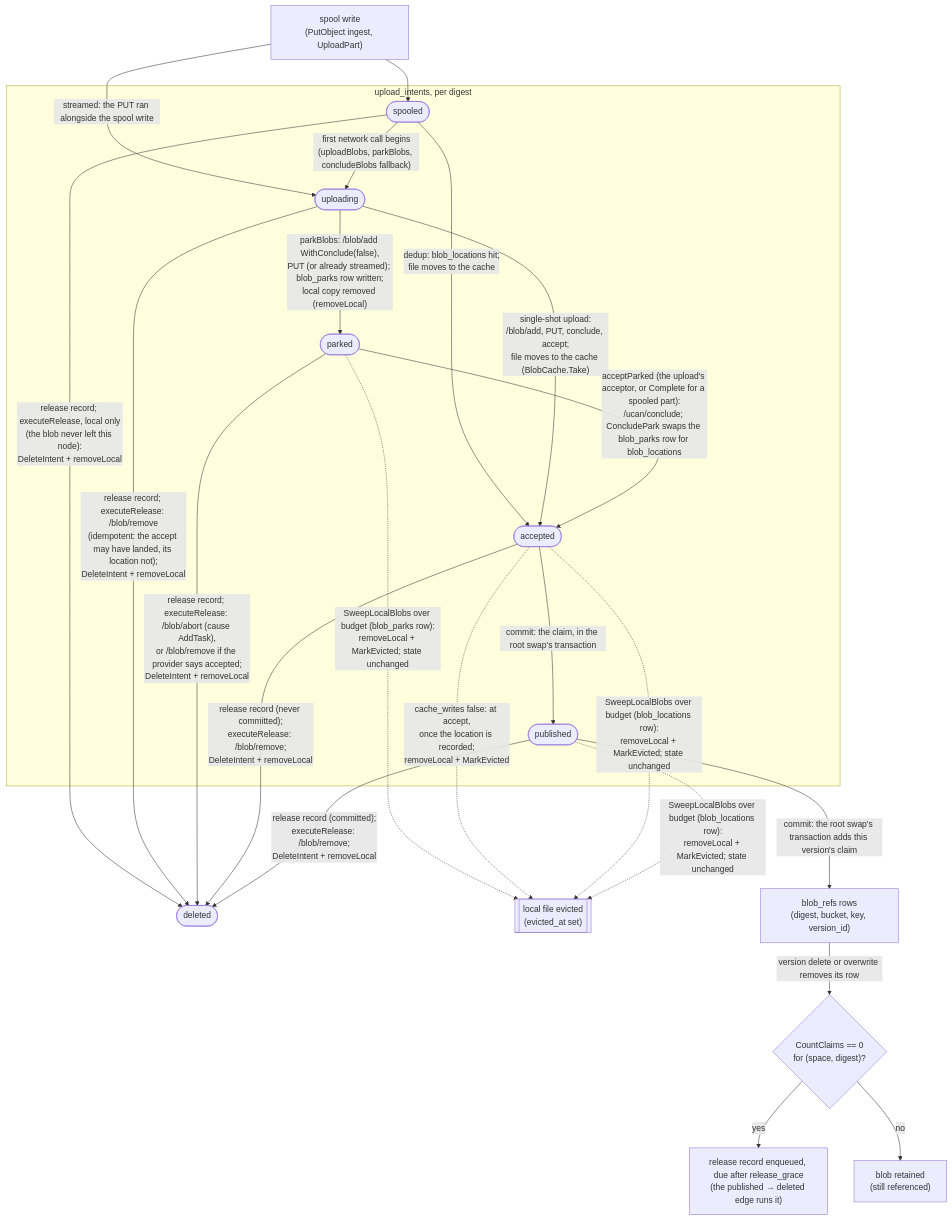
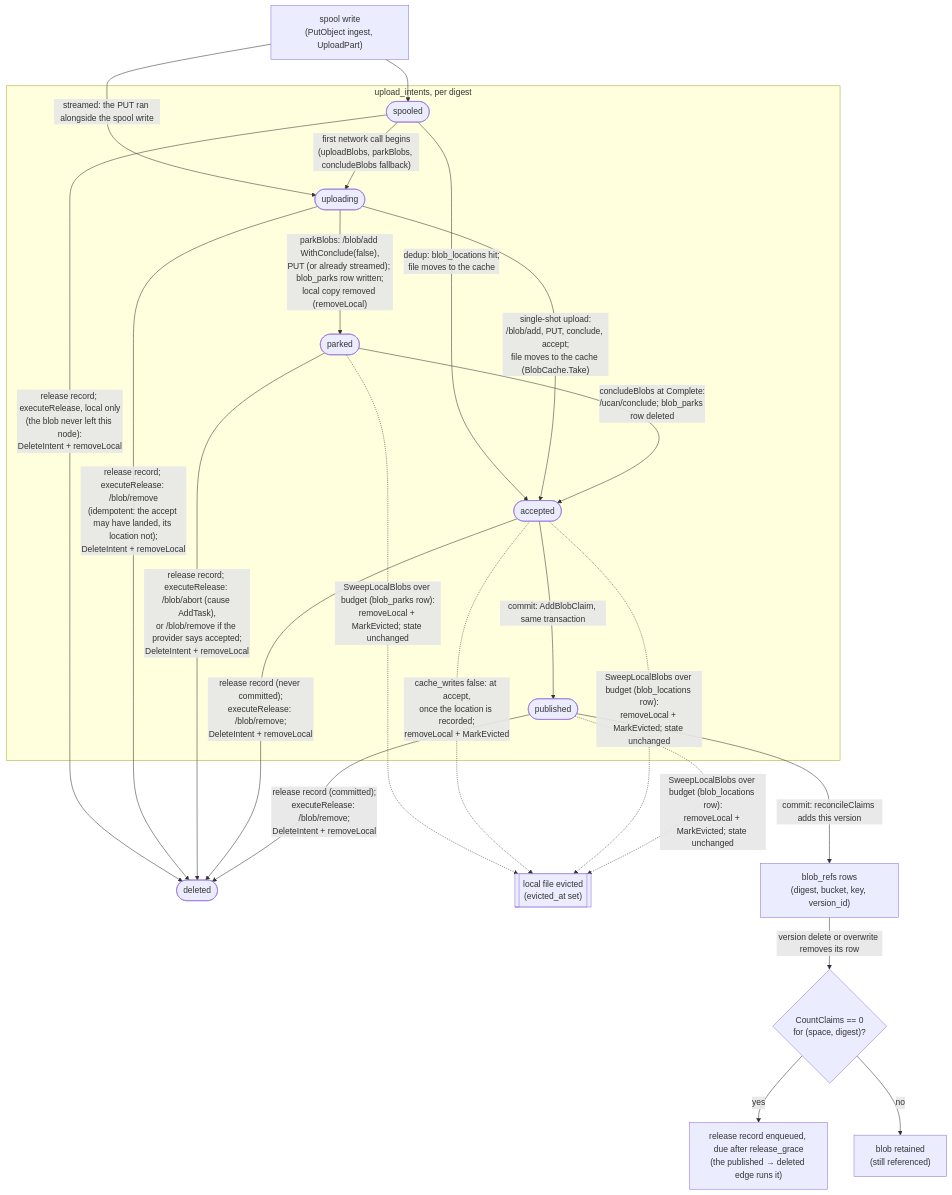
One commit to fil-forge/ingot changed the eighth of 14 diagrams in docs/diagrams.md. Above: the diagram before and after it, drawn with Mermaid. The commit also changed other lines of this file and 98 other files, not shown here.

````diff
--- a/docs/diagrams.md
+++ b/docs/diagrams.md
@@ -701,35 +602,35 @@
 ```mermaid
 flowchart TB
     W["spool write<br/>(PutObject ingest, UploadPart)"] --> spooled
     W -->|"streamed: the PUT ran alongside the spool write"| uploading
 
     subgraph intents["upload_intents, per digest"]
         spooled([spooled])
         uploading([uploading])
         parked([parked])
         accepted([accepted])
         published([published])
     end
 
     spooled -->|"dedup: blob_locations hit;<br/>file moves to the cache"| accepted
     spooled -->|"first network call begins<br/>(uploadBlobs, parkBlobs, concludeBlobs fallback)"| uploading
     uploading -->|"single-shot upload:<br/>/blob/add, PUT, conclude, accept;<br/>file moves to the cache (BlobCache.Take)"| accepted
     uploading -->|"parkBlobs: /blob/add WithConclude(false),<br/>PUT (or already streamed); blob_parks row written;<br/>local copy removed (removeLocal)"| parked
-    parked -->|"acceptParked (the upload's acceptor, or Complete for a spooled part):<br/>/ucan/conclude; ConcludePark swaps the blob_parks row for blob_locations"| accepted
+    parked -->|"concludeBlobs at Complete:<br/>/ucan/conclude; blob_parks row deleted"| accepted
     spooled -->|"release record; executeRelease, local only<br/>(the blob never left this node):<br/>DeleteIntent + removeLocal"| gone([deleted])
     uploading -->|"release record; executeRelease: /blob/remove<br/>(idempotent: the accept may have landed, its location not);<br/>DeleteIntent + removeLocal"| gone
     parked -->|"release record; executeRelease: /blob/abort (cause AddTask),<br/>or /blob/remove if the provider says accepted;<br/>DeleteIntent + removeLocal"| gone
     accepted -->|"release record (never committed);<br/>executeRelease: /blob/remove;<br/>DeleteIntent + removeLocal"| gone
     published -->|"release record (committed);<br/>executeRelease: /blob/remove;<br/>DeleteIntent + removeLocal"| gone
 
-    accepted -->|"commit: the claim, in the root swap's transaction"| published
+    accepted -->|"commit: AddBlobClaim, same transaction"| published
 
     parked -.->|"SweepLocalBlobs over budget (blob_parks row):<br/>removeLocal + MarkEvicted; state unchanged"| evicted[["local file evicted<br/>(evicted_at set)"]]
     accepted -.->|"cache_writes false: at accept,<br/>once the location is recorded;<br/>removeLocal + MarkEvicted"| evicted
     accepted -.->|"SweepLocalBlobs over budget (blob_locations row):<br/>removeLocal + MarkEvicted; state unchanged"| evicted
     published -.->|"SweepLocalBlobs over budget (blob_locations row):<br/>removeLocal + MarkEvicted; state unchanged"| evicted
-    published -->|"commit: the root swap's transaction adds this version's claim"| refs["blob_refs rows<br/>(digest, bucket, key, version_id)"]
+    published -->|"commit: reconcileClaims adds this version"| refs["blob_refs rows<br/>(digest, bucket, key, version_id)"]
     refs -->|"version delete or overwrite removes its row"| zero{"CountClaims == 0<br/>for (space, digest)?"}
     zero -->|yes| rel["release record enqueued, due after release_grace<br/>(the published → deleted edge runs it)"]
     zero -->|no| keep["blob retained<br/>(still referenced)"]
 ```
````
